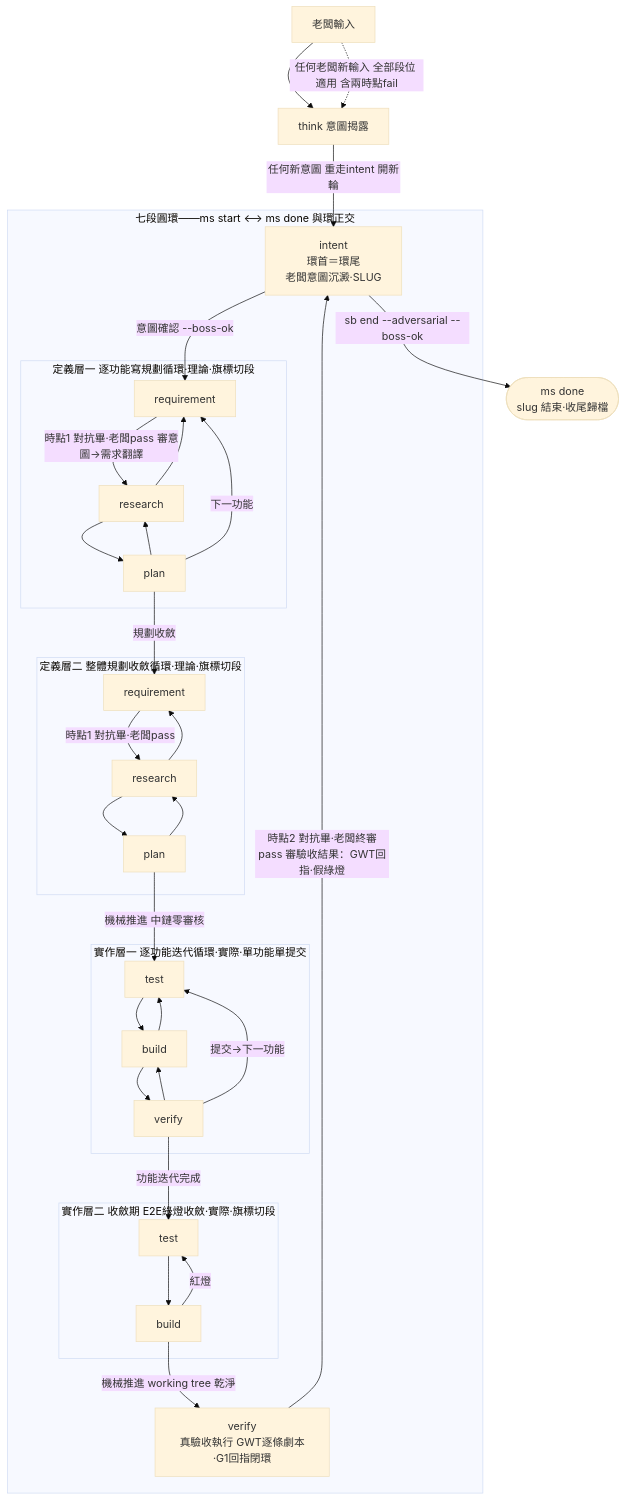
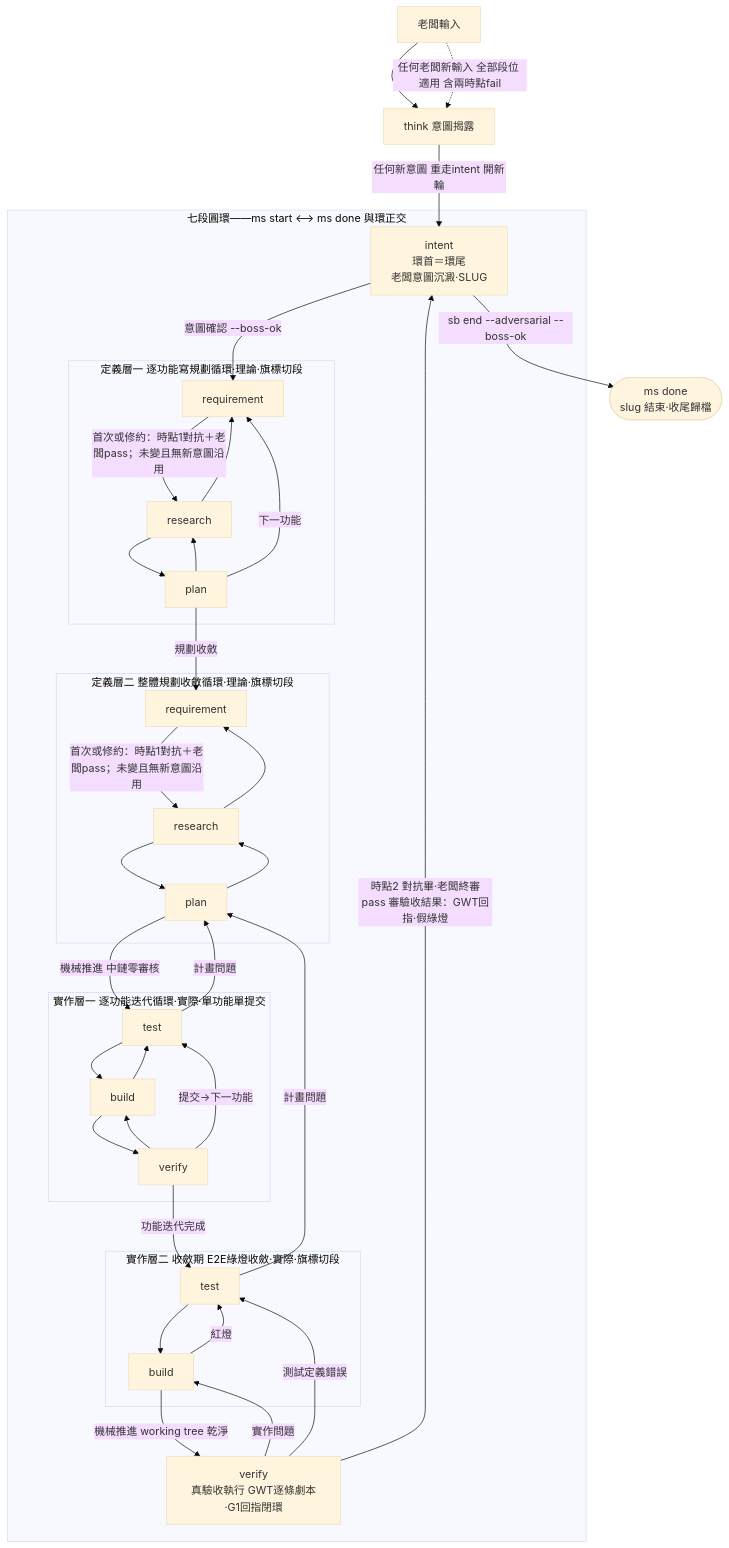
One commit to teps3105/shiftblame changed the first of 3 diagrams in skills/shiftblame/SKILL.md. Above: the diagram before and after it, drawn with Mermaid (base theme). The commit also changed other lines of this file and 28 other files, not shown here.

````diff
--- a/skills/shiftblame/SKILL.md
+++ b/skills/shiftblame/SKILL.md
@@ -37,44 +37,48 @@
 ```mermaid
 flowchart TB
     BOSS[老闆輸入] --> THINK[think 意圖揭露]
     THINK -->|任何新意圖 重走intent 開新輪| I
 
     subgraph MS[七段圓環——ms start ⟷ ms done 與環正交]
         I[intent<br/>環首＝環尾<br/>老闆意圖沉澱·SLUG]
         I -->|意圖確認 --boss-ok| R[requirement]
 
         subgraph DEF1[定義層一 逐功能寫規劃循環·理論·旗標切段]
-            R -->|時點1 對抗畢·老闆pass 審意圖→需求翻譯| RS[research] --> P[plan]
+            R -->|首次或修約：時點1對抗＋老闆pass；未變且無新意圖沿用| RS[research] --> P[plan]
             P --> RS --> R
             P -->|下一功能| R
         end
 
         P -->|規劃收斂| R2
 
         subgraph DEF2[定義層二 整體規劃收斂循環·理論·旗標切段]
-            R2[requirement] -->|時點1 對抗畢·老闆pass| RS2[research] --> P2[plan]
+            R2[requirement] -->|首次或修約：時點1對抗＋老闆pass；未變且無新意圖沿用| RS2[research] --> P2[plan]
             P2 --> RS2 --> R2
         end
 
         P2 -->|機械推進 中鏈零審核| T
+        T -->|計畫問題| P2
 
         subgraph IMPL1[實作層一 逐功能迭代循環·實際·單功能單提交]
             T[test] --> B[build] --> V[verify]
             V --> B --> T
             V -->|提交→下一功能| T
         end
 
         V -->|功能迭代完成| T2
+        T2 -->|計畫問題| P2
 
         subgraph CONV[實作層二 收斂期 E2E綠燈收斂·實際·旗標切段]
             T2[test] --> B2[build]
             B2 -->|紅燈| T2
         end
 
         B2 -->|機械推進 working tree 乾淨| V3[verify<br/>真驗收執行 GWT逐條劇本·G1回指閉環]
+        V3 -->|實作問題| B2
+        V3 -->|測試定義錯誤| T2
         V3 -->|時點2 對抗畢·老闆終審pass 審驗收結果：GWT回指·假綠燈| I
     end
 
     I -->|sb end --adversarial --boss-ok| FIN([ms done<br/>slug 結束·收尾歸檔])
     BOSS -.->|任何老闆新輸入 全部段位 適用 含兩時點fail| THINK
 ```
````
